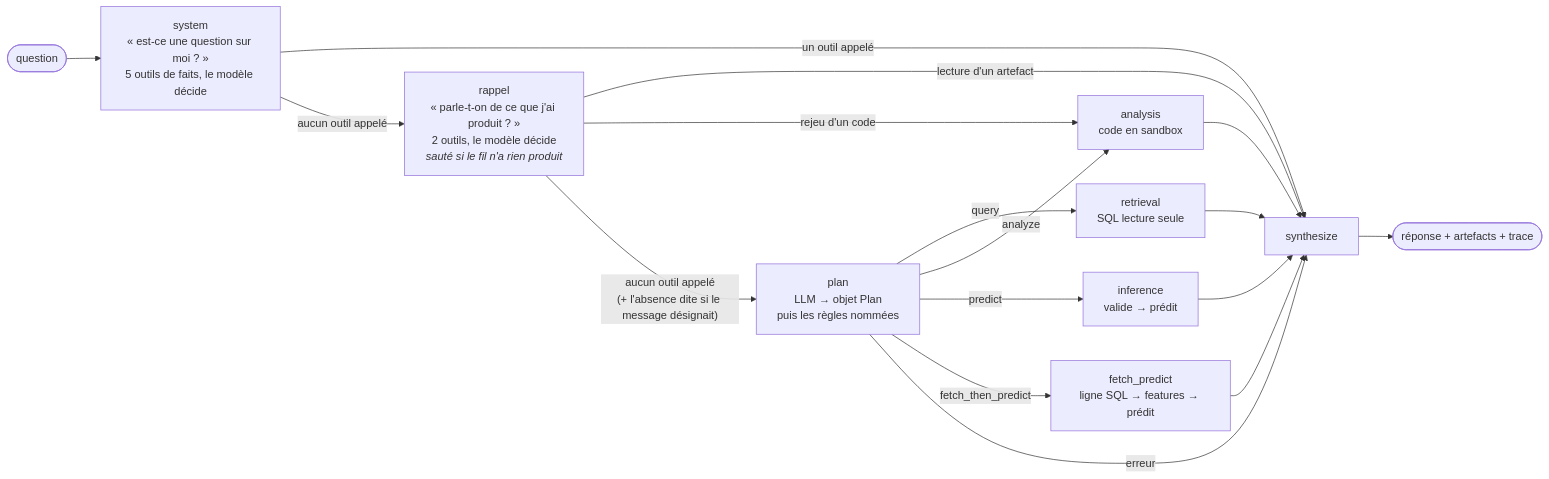
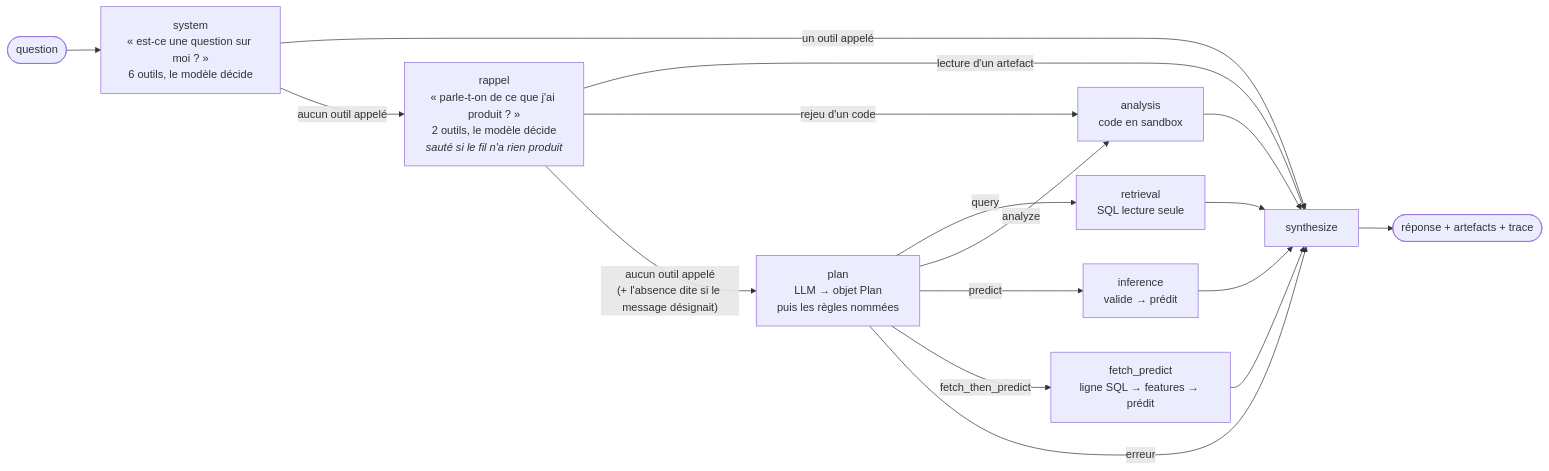
One commit to floSa/data-analyst-agent changed the second of 3 diagrams in docs/ARCHITECTURE.md. Above: the diagram before and after it, drawn with Mermaid. The commit also changed other lines of this file and 8 other files, not shown here.

````diff
--- a/docs/ARCHITECTURE.md
+++ b/docs/ARCHITECTURE.md
@@ -72,19 +72,19 @@
 ```mermaid
 flowchart LR
-    Q(["question"]) --> SYS["system<br/>« est-ce une question sur moi ? »<br/>5 outils de faits, le modèle décide"]
+    Q(["question"]) --> SYS["system<br/>« est-ce une question sur moi ? »<br/>6 outils, le modèle décide"]
     SYS -->|"un outil appelé"| SYN["synthesize"]
     SYS -->|"aucun outil appelé"| RAP["rappel<br/>« parle-t-on de ce que j'ai produit ? »<br/>2 outils, le modèle décide<br/><i>sauté si le fil n'a rien produit</i>"]
     RAP -->|"lecture d'un artefact"| SYN
     RAP -->|"rejeu d'un code"| ANAL
     RAP -->|"aucun outil appelé<br/>(+ l'absence dite si le message désignait)"| PLAN["plan<br/>LLM → objet Plan<br/>puis les règles nommées"]
     PLAN -->|"query"| RETR["retrieval<br/>SQL lecture seule"]
     PLAN -->|"analyze"| ANAL["analysis<br/>code en sandbox"]
     PLAN -->|"predict"| INFE["inference<br/>valide → prédit"]
     PLAN -->|"fetch_then_predict"| FP["fetch_predict<br/>ligne SQL → features → prédit"]
     PLAN -->|"erreur"| SYN
     RETR --> SYN
     ANAL --> SYN
     INFE --> SYN
     FP --> SYN
     SYN --> R(["réponse + artefacts + trace"])
 ```
````
